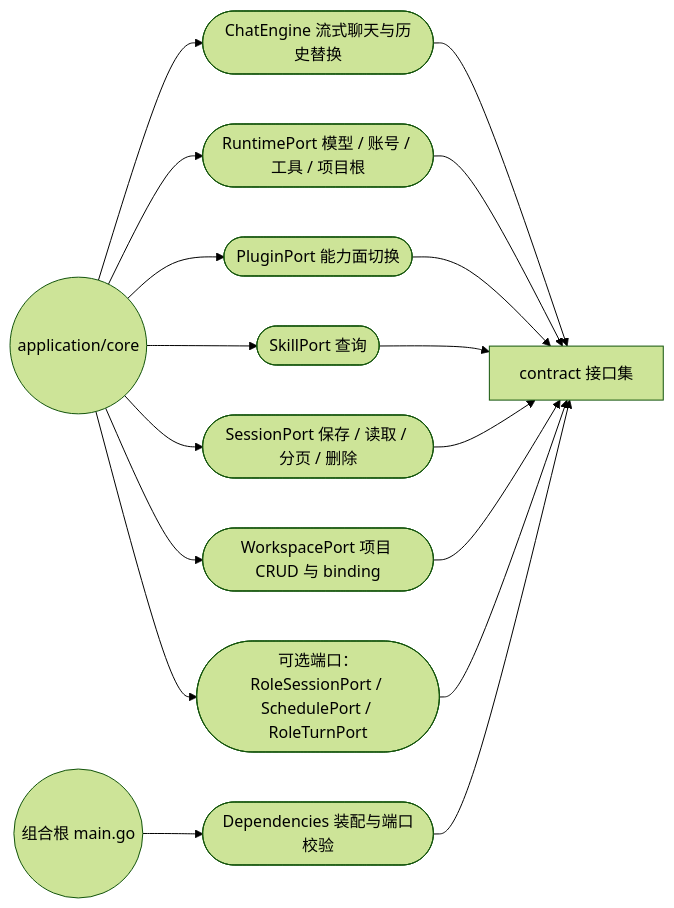
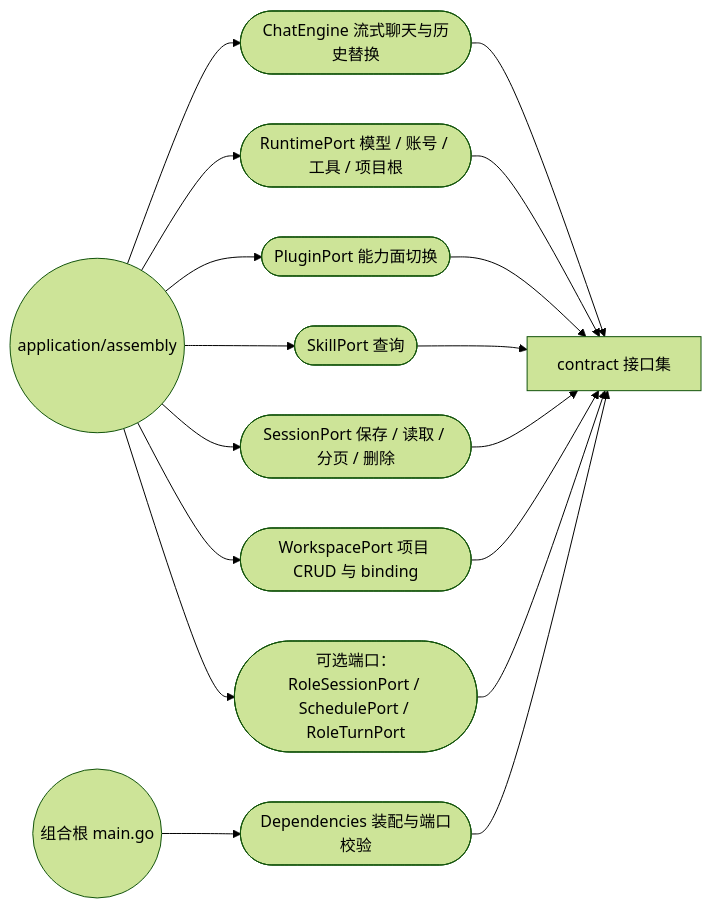
The second of 2 diagrams in contract/README.md (RedHuang-0622/seelex), drawn with Mermaid (forest theme) before and after one commit. The commit also changed other lines of this file and 941 other files, not shown here.

Commit message:
refactor(application): retire core package

````diff
--- a/contract/README.md
+++ b/contract/README.md
@@ -66,31 +66,31 @@
 ```mermaid
 flowchart LR
-    CORE(("application/core"))
+    CORE(("application/assembly"))
     HOST(("组合根 main.go"))
 
     UC1(["ChatEngine 流式聊天与历史替换"])
     UC2(["RuntimePort 模型 / 账号 / 工具 / 项目根"])
     UC3(["PluginPort 能力面切换"])
     UC4(["SkillPort 查询"])
     UC5(["SessionPort 保存 / 读取 / 分页 / 删除"])
     UC6(["WorkspacePort 项目 CRUD 与 binding"])
     UC7(["可选端口：RoleSessionPort / SchedulePort / RoleTurnPort"])
     UC8(["Dependencies 装配与端口校验"])
 
     CORE --> UC1
     CORE --> UC2
     CORE --> UC3
     CORE --> UC4
     CORE --> UC5
     CORE --> UC6
     CORE --> UC7
     HOST --> UC8
     UC1 --> CONTRACT["contract 接口集"]
     UC2 --> CONTRACT
     UC3 --> CONTRACT
     UC4 --> CONTRACT
     UC5 --> CONTRACT
     UC6 --> CONTRACT
     UC7 --> CONTRACT
     UC8 --> CONTRACT
 ```
````
